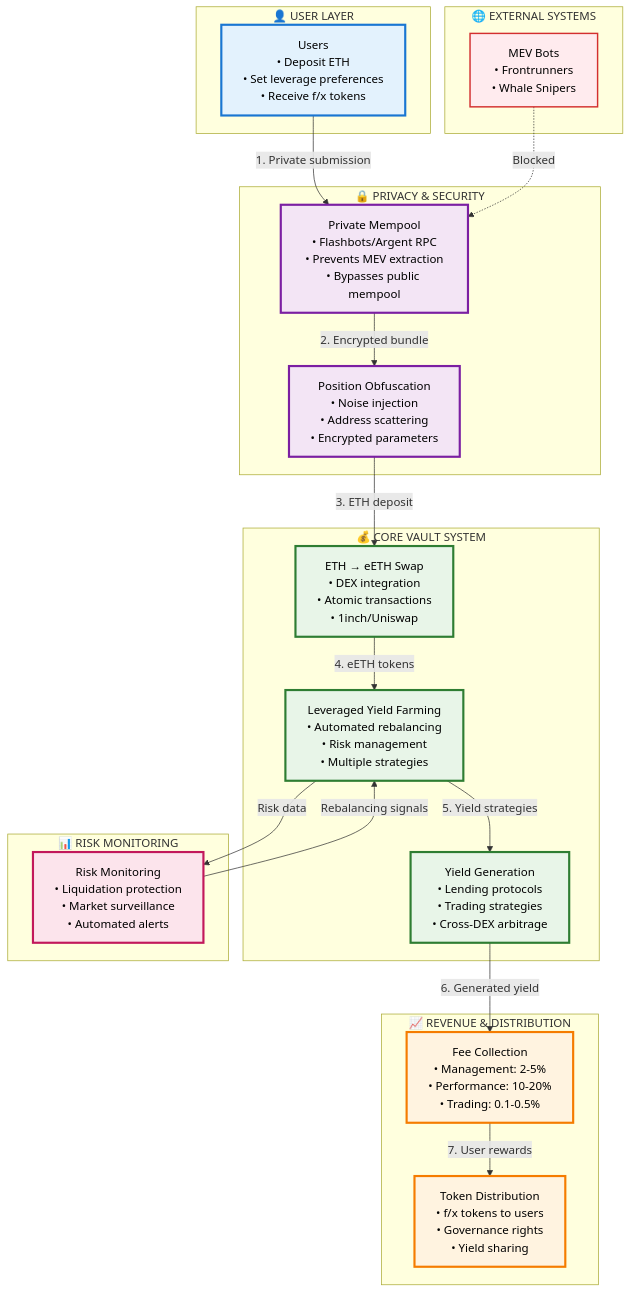
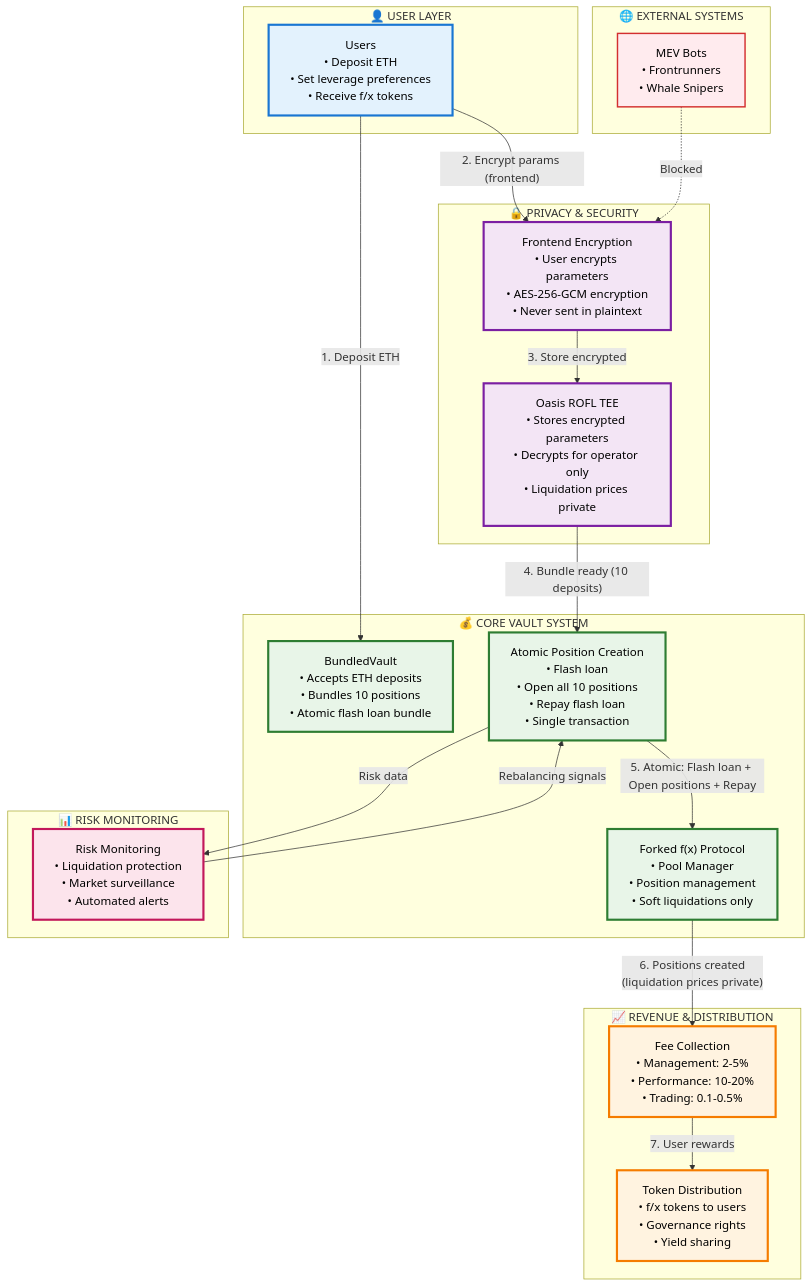
One commit to arseneeth/shayd changed the first of 4 diagrams in mermaid/shadow-splitter.md. Above: the diagram before and after it, drawn with Mermaid. The commit also changed other lines of this file and 22 other files, not shown here.

````diff
--- a/mermaid/shadow-splitter.md
+++ b/mermaid/shadow-splitter.md
@@ -5,61 +5,61 @@
 ```mermaid
 graph TB
     subgraph USER["👤 USER LAYER"]
         A["Users<br/>• Deposit ETH<br/>• Set leverage preferences<br/>• Receive f/x tokens"]
     end
     
     subgraph PRIVACY["🔒 PRIVACY & SECURITY"]
-        B["Private Mempool<br/>• Flashbots/Argent RPC<br/>• Prevents MEV extraction<br/>• Bypasses public mempool"]
-        C["Position Obfuscation<br/>• Noise injection<br/>• Address scattering<br/>• Encrypted parameters"]
+        B["Frontend Encryption<br/>• User encrypts parameters<br/>• AES-256-GCM encryption<br/>• Never sent in plaintext"]
+        C["Oasis ROFL TEE<br/>• Stores encrypted parameters<br/>• Decrypts for operator only<br/>• Liquidation prices private"]
     end
     
     subgraph CORE["💰 CORE VAULT SYSTEM"]
-        D["ETH → eETH Swap<br/>• DEX integration<br/>• Atomic transactions<br/>• 1inch/Uniswap"]
-        E["Leveraged Yield Farming<br/>• Automated rebalancing<br/>• Risk management<br/>• Multiple strategies"]
-        F["Yield Generation<br/>• Lending protocols<br/>• Trading strategies<br/>• Cross-DEX arbitrage"]
+        D["BundledVault<br/>• Accepts ETH deposits<br/>• Bundles 10 positions<br/>• Atomic flash loan bundle"]
+        E["Atomic Position Creation<br/>• Flash loan<br/>• Open all 10 positions<br/>• Repay flash loan<br/>• Single transaction"]
+        F["Forked f(x) Protocol<br/>• Pool Manager<br/>• Position management<br/>• Soft liquidations only"]
     end
     
     subgraph REVENUE["📈 REVENUE & DISTRIBUTION"]
         G["Fee Collection<br/>• Management: 2-5%<br/>• Performance: 10-20%<br/>• Trading: 0.1-0.5%"]
         H["Token Distribution<br/>• f/x tokens to users<br/>• Governance rights<br/>• Yield sharing"]
     end
     
     subgraph MONITORING["📊 RISK MONITORING"]
         I["Risk Monitoring<br/>• Liquidation protection<br/>• Market surveillance<br/>• Automated alerts"]
     end
     
     subgraph EXTERNAL["🌐 EXTERNAL SYSTEMS"]
         K["MEV Bots<br/>• Frontrunners<br/>• Whale Snipers"]
     end
     
     %% Main flow
-    A -->|"1. Private submission"| B
-    B -->|"2. Encrypted bundle"| C
-    C -->|"3. ETH deposit"| D
-    D -->|"4. eETH tokens"| E
-    E -->|"5. Yield strategies"| F
-    F -->|"6. Generated yield"| G
+    A -->|"1. Deposit ETH"| D
+    A -->|"2. Encrypt params (frontend)"| B
+    B -->|"3. Store encrypted"| C
+    C -->|"4. Bundle ready (10 deposits)"| E
+    E -->|"5. Atomic: Flash loan + Open positions + Repay"| F
+    F -->|"6. Positions created<br/>(liquidation prices private)"| G
     G -->|"7. User rewards"| H
     
     %% Risk management loop
     E -->|"Risk data"| I
     I -->|"Rebalancing signals"| E
     
     %% External interactions
     K -.->|"Blocked"| B
     
     %% Styling
     classDef userStyle fill:#e3f2fd,stroke:#1976d2,stroke-width:3px,color:#000
     classDef privacyStyle fill:#f3e5f5,stroke:#7b1fa2,stroke-width:3px,color:#000
     classDef coreStyle fill:#e8f5e8,stroke:#2e7d32,stroke-width:3px,color:#000
     classDef revenueStyle fill:#fff3e0,stroke:#f57c00,stroke-width:3px,color:#000
     classDef monitoringStyle fill:#fce4ec,stroke:#c2185b,stroke-width:3px,color:#000
     classDef externalStyle fill:#ffebee,stroke:#d32f2f,stroke-width:2px,color:#000
     
     class A userStyle
     class B,C privacyStyle
     class D,E,F coreStyle
     class G,H revenueStyle
     class I monitoringStyle
     class K externalStyle
 ```
````
